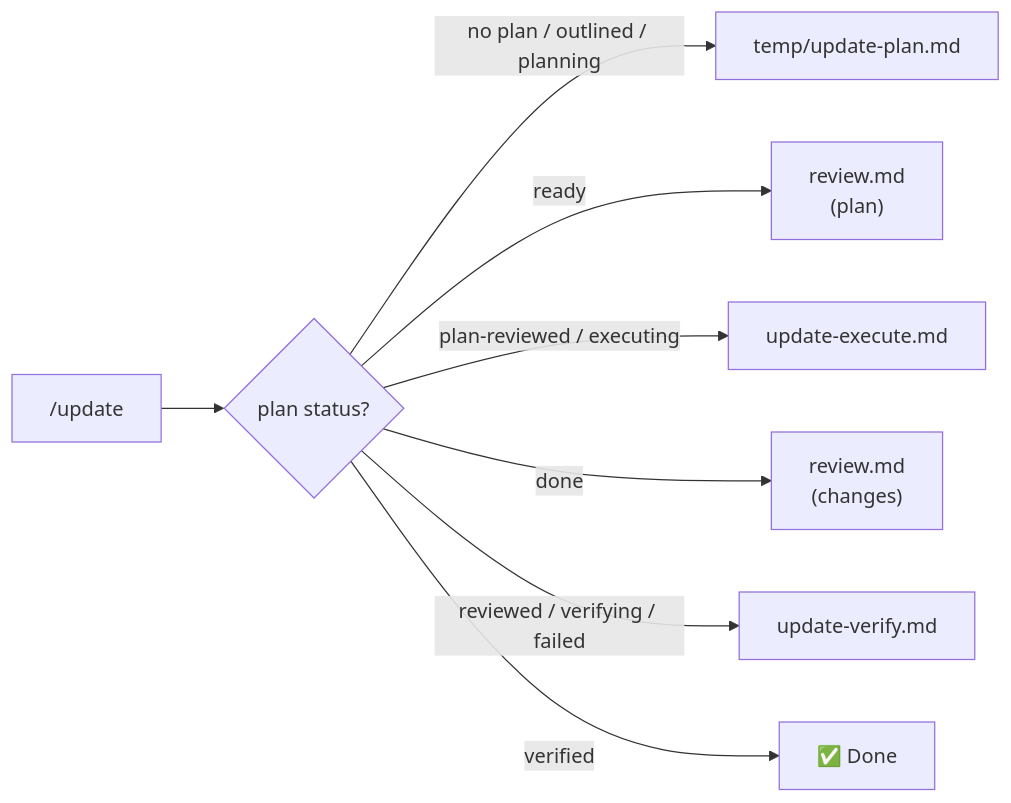
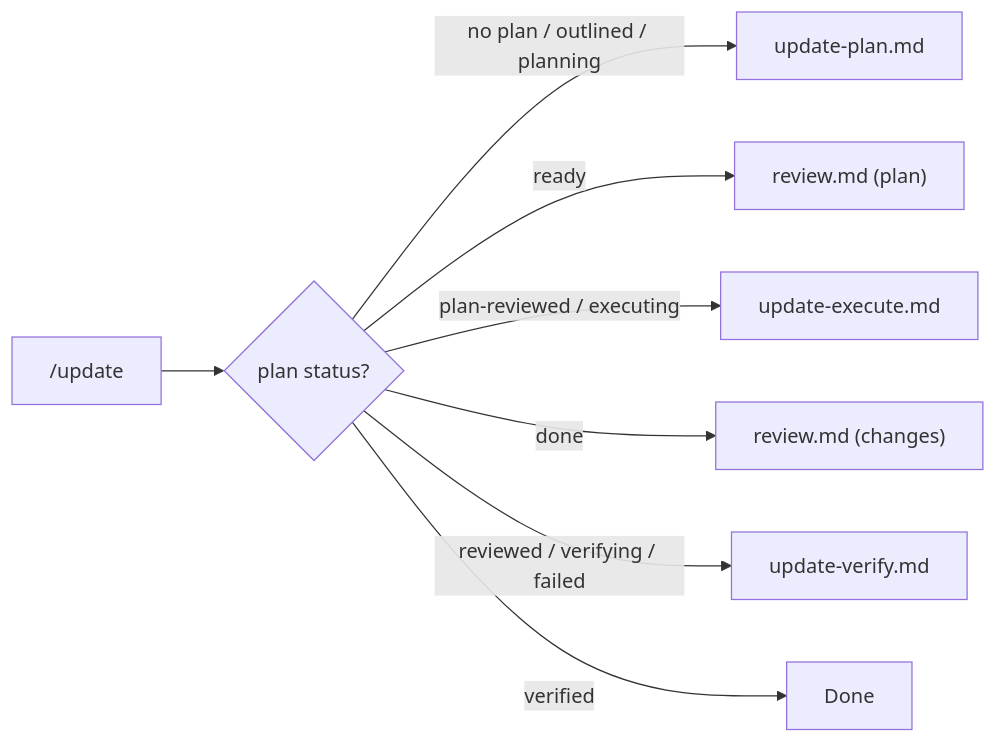
One commit to duranserkan/DRN-Project changed the diagram in .agent/workflows/update.md. Above: the diagram before and after it, drawn with Mermaid. The commit also changed other lines of this file and 25 other files, not shown here.

````diff
--- a/.agent/workflows/update.md
+++ b/.agent/workflows/update.md
@@ -19,10 +20,10 @@
 ```mermaid
 flowchart LR
     A["/update"] --> B{"plan status?"}
-    B -- "no plan / outlined / planning" --> C["temp/update-plan.md"]
-    B -- "ready" --> D["review.md\n(plan)"]
+    B -- "no plan / outlined / planning" --> C["update-plan.md"]
+    B -- "ready" --> D["review.md (plan)"]
     B -- "plan-reviewed / executing" --> E["update-execute.md"]
-    B -- "done" --> F["review.md\n(changes)"]
+    B -- "done" --> F["review.md (changes)"]
     B -- "reviewed / verifying / failed" --> G["update-verify.md"]
-    B -- "verified" --> H["✅ Done"]
+    B -- "verified" --> H["Done"]
 ```
````
